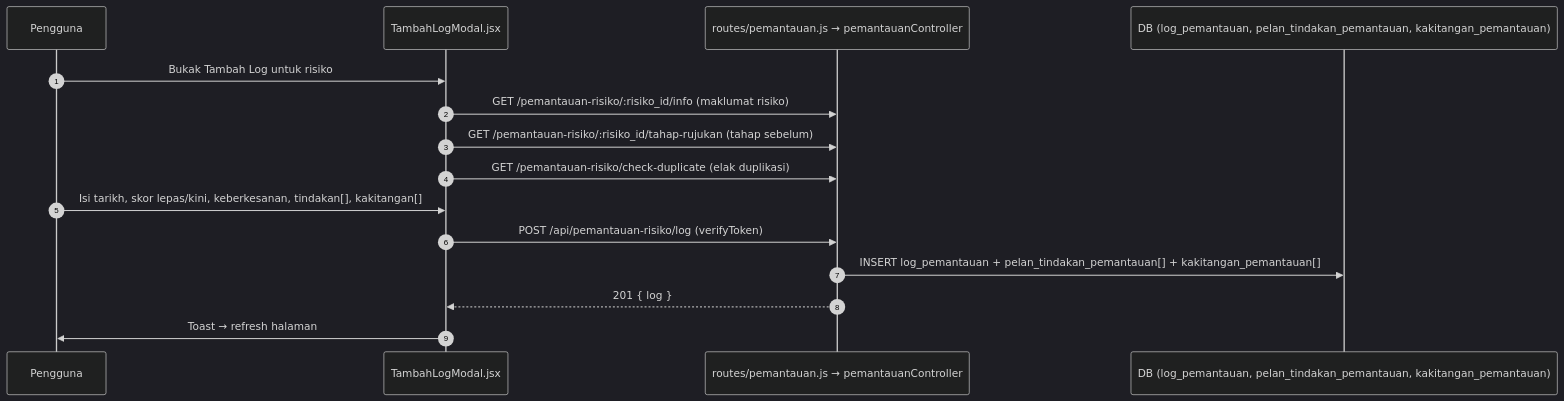
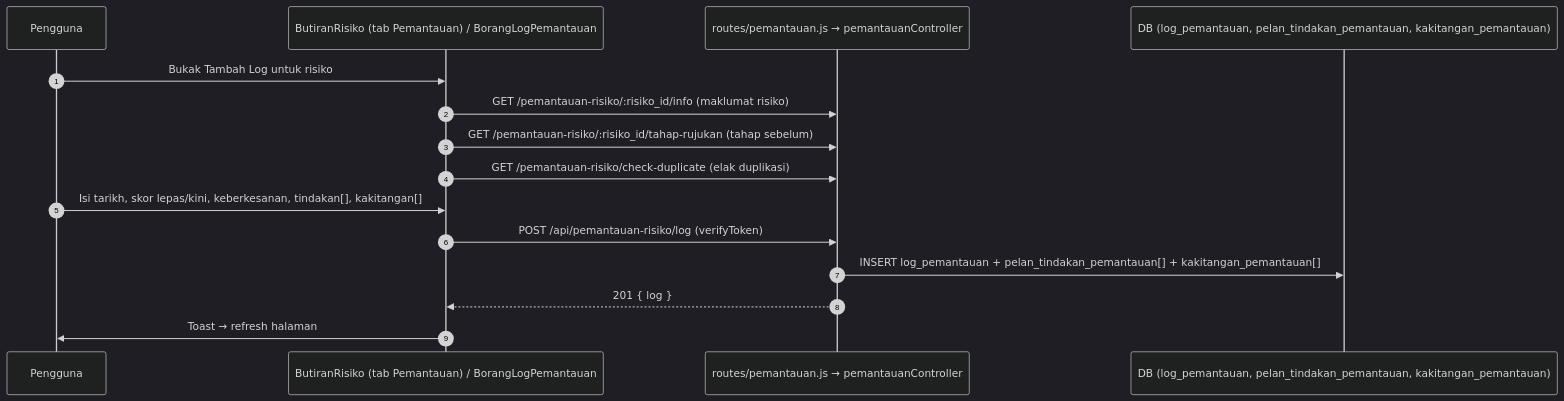
Before and after one commit to aimaniss/RiskManagementSystem: the diagram in docs/pipeline/04-pemantauan.md, drawn with Mermaid (dark theme). The commit also changed other lines of this file and 38 other files, not shown here.

````diff
--- a/docs/pipeline/04-pemantauan.md
+++ b/docs/pipeline/04-pemantauan.md
@@ -10,18 +10,18 @@
 ```mermaid
 sequenceDiagram
   autonumber
   participant U as Pengguna
-  participant P as TambahLogModal.jsx
+  participant P as ButiranRisiko (tab Pemantauan) / BorangLogPemantauan
   participant B as routes/pemantauan.js → pemantauanController
   participant DB as DB (log_pemantauan, pelan_tindakan_pemantauan, kakitangan_pemantauan)
 
   U->>P: Bukak Tambah Log untuk risiko
   P->>B: GET /pemantauan-risiko/:risiko_id/info (maklumat risiko)
   P->>B: GET /pemantauan-risiko/:risiko_id/tahap-rujukan (tahap sebelum)
   P->>B: GET /pemantauan-risiko/check-duplicate (elak duplikasi)
   U->>P: Isi tarikh, skor lepas/kini, keberkesanan, tindakan[], kakitangan[]
   P->>B: POST /api/pemantauan-risiko/log (verifyToken)
   B->>DB: INSERT log_pemantauan + pelan_tindakan_pemantauan[] + kakitangan_pemantauan[]
   B-->>P: 201 { log }
   P->>U: Toast → refresh halaman
 ```
````
